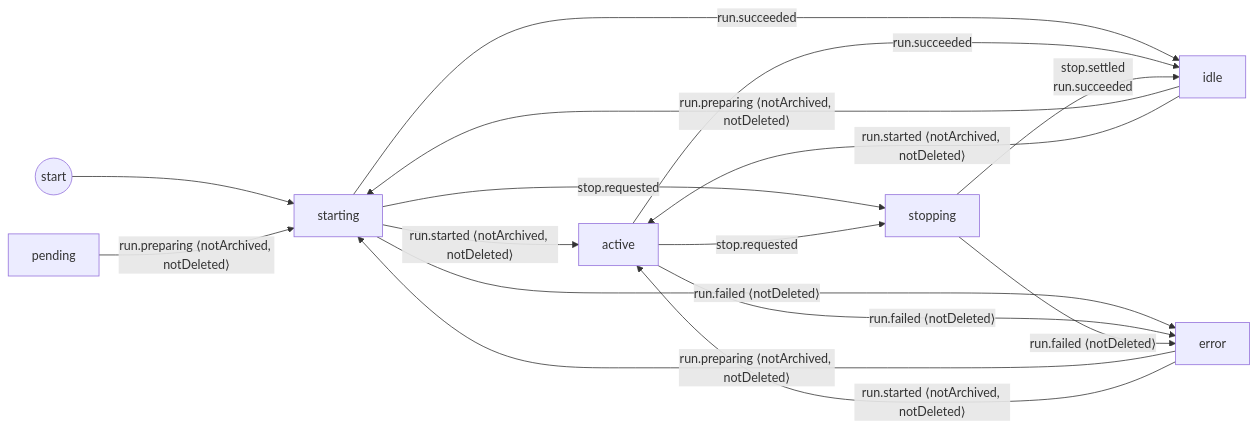
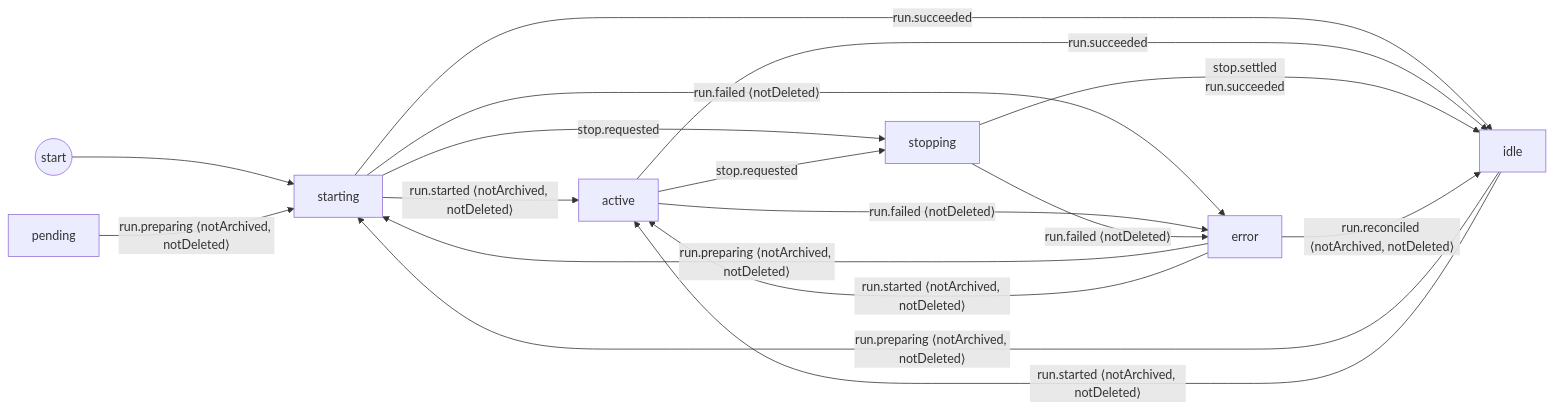
Before and after one commit to get-bb/bb: the first of 2 diagrams in docs/lifecycle-diagrams.md, drawn with Mermaid.

Commit message:
Update the lifecycle diagram for reconciled completion

````diff
--- a/docs/lifecycle-diagrams.md
+++ b/docs/lifecycle-diagrams.md
@@ -23,25 +23,26 @@
 ```mermaid
 flowchart LR
     __start((start))
     pending["pending"]
     idle["idle"]
     starting["starting"]
     active["active"]
     stopping["stopping"]
     error["error"]
     __start --> starting
     pending -->|"run.preparing ⟨notArchived, notDeleted⟩"| starting
     idle -->|"run.preparing ⟨notArchived, notDeleted⟩"| starting
     idle -->|"run.started ⟨notArchived, notDeleted⟩"| active
     starting -->|"run.started ⟨notArchived, notDeleted⟩"| active
     starting -->|"run.succeeded"| idle
     starting -->|"run.failed ⟨notDeleted⟩"| error
     starting -->|"stop.requested"| stopping
     active -->|"run.succeeded"| idle
     active -->|"run.failed ⟨notDeleted⟩"| error
     active -->|"stop.requested"| stopping
     stopping -->|"stop.settled<br/>run.succeeded"| idle
     stopping -->|"run.failed ⟨notDeleted⟩"| error
+    error -->|"run.reconciled ⟨notArchived, notDeleted⟩"| idle
     error -->|"run.preparing ⟨notArchived, notDeleted⟩"| starting
     error -->|"run.started ⟨notArchived, notDeleted⟩"| active
 ```
````
